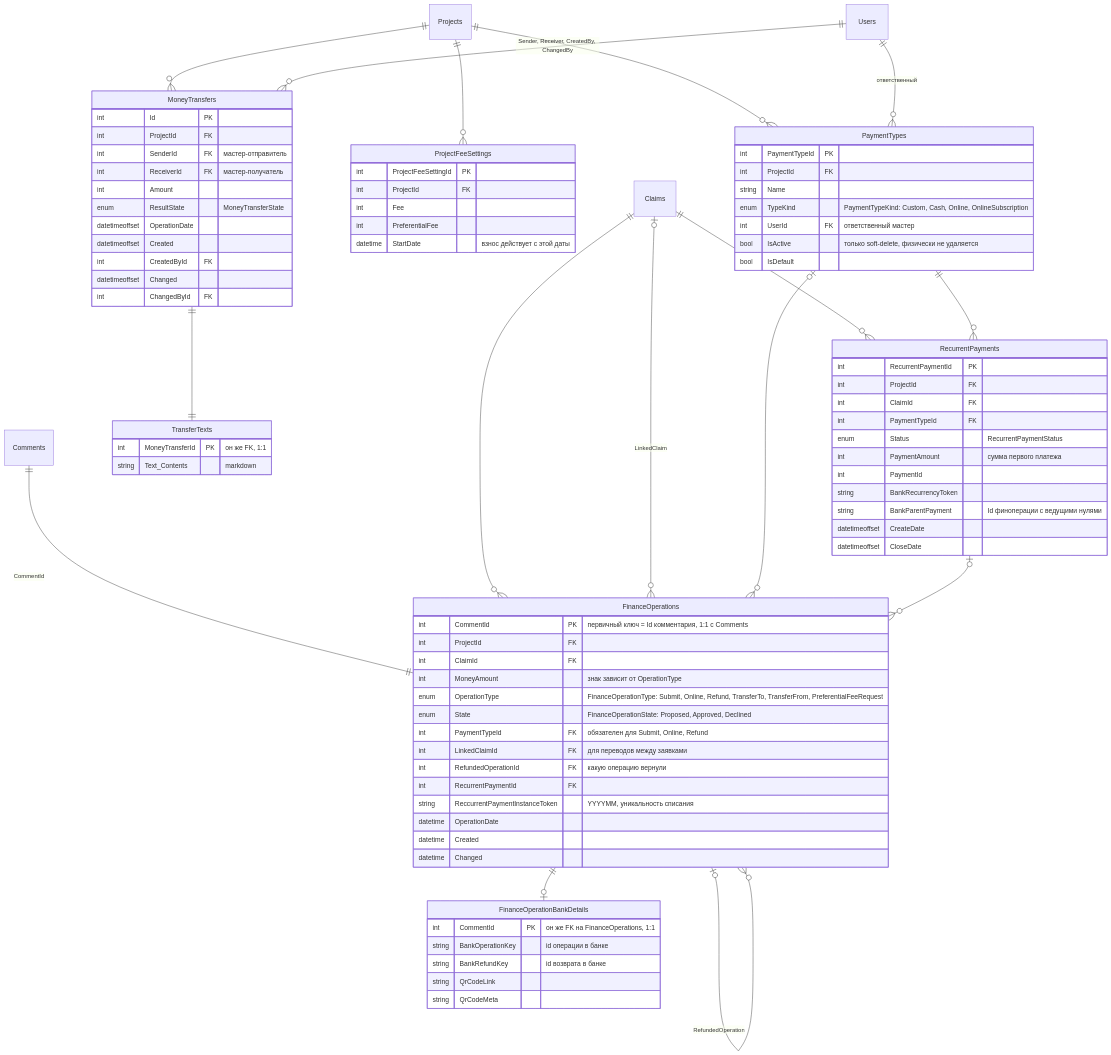
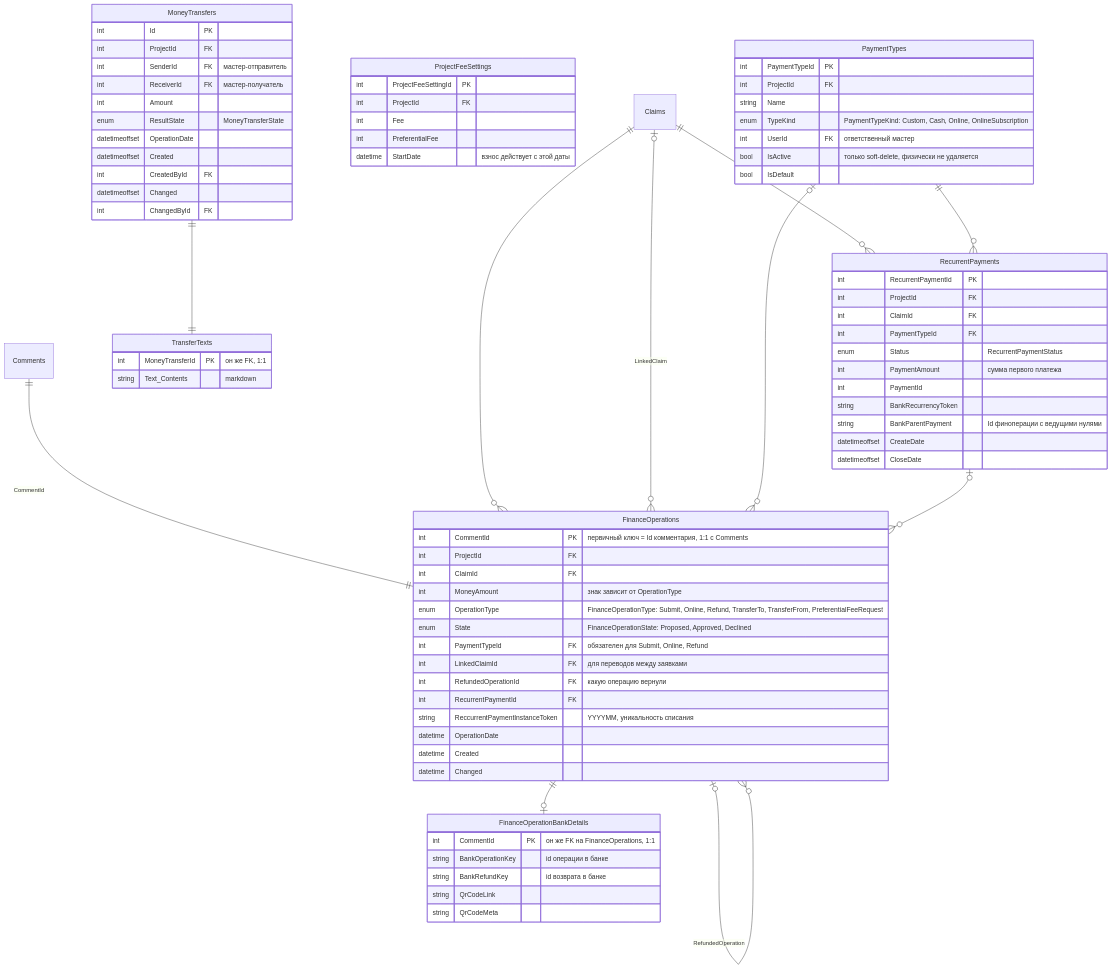
The seventh of 11 diagrams in docs/db-schema.md (joinrpg/joinrpg-net), drawn with Mermaid before and after one commit. The commit also changed other lines of this file, not shown here.

First line of the commit message:
docs: убрать из доменных диаграмм связи с Projects и служебные связи с Users

````diff
--- a/docs/db-schema.md
+++ b/docs/db-schema.md
@@ -617,10 +615,5 @@
     RecurrentPayments |o--o{ FinanceOperations : ""
     Claims ||--o{ RecurrentPayments : ""
     PaymentTypes ||--o{ RecurrentPayments : ""
-    Projects ||--o{ PaymentTypes : ""
-    Projects ||--o{ ProjectFeeSettings : ""
-    Projects ||--o{ MoneyTransfers : ""
     MoneyTransfers ||--|| TransferTexts : ""
-    Users ||--o{ MoneyTransfers : "Sender, Receiver, CreatedBy, ChangedBy"
-    Users ||--o{ PaymentTypes : "ответственный"
 ```
````
